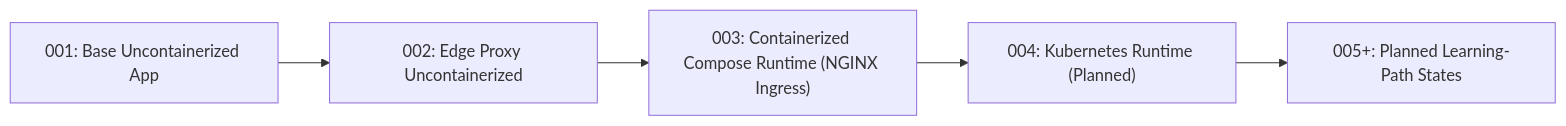
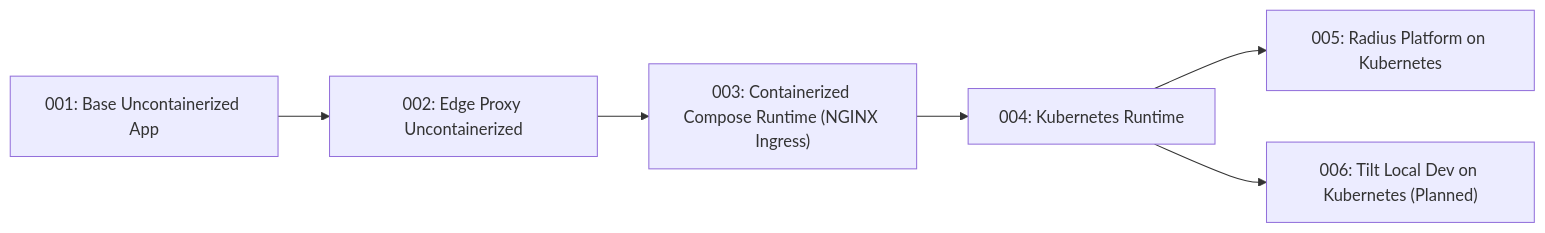
Before and after one commit to finos/traderX: the first of 2 diagrams in docs/spec-kit/visual-learning-graphs.md, drawn with Mermaid. The commit also changed other lines of this file and 25 other files, not shown here.

Commit message:
Implement state 005 radius runtime and docs/nav improvements

````diff
--- a/docs/spec-kit/visual-learning-graphs.md
+++ b/docs/spec-kit/visual-learning-graphs.md
@@ -11,7 +11,15 @@
 ```mermaid
 flowchart LR
   S001["001: Base Uncontainerized App"] --> S002["002: Edge Proxy Uncontainerized"]
   S002 --> S003["003: Containerized Compose Runtime (NGINX Ingress)"]
-  S003 --> S004["004: Kubernetes Runtime (Planned)"]
-  S004 --> P005["005+: Planned Learning-Path States"]
+  S003 --> S004["004: Kubernetes Runtime"]
+  S004 --> S005["005: Radius Platform on Kubernetes"]
+  S004 --> S006["006: Tilt Local Dev on Kubernetes (Planned)"]
+
+  click S001 href "/specs/baseline-uncontainerized-parity" "Open State 001 Spec Pack"
+  click S002 href "/specs/edge-proxy-uncontainerized" "Open State 002 Spec Pack"
+  click S003 href "/specs/containerized-compose-runtime" "Open State 003 Spec Pack"
+  click S004 href "/specs/kubernetes-runtime" "Open State 004 Spec Pack"
+  click S005 href "/specs/radius-kubernetes-platform" "Open State 005 Spec Pack"
+  click S006 href "/specs/tilt-kubernetes-dev-loop" "Open State 006 Spec Pack"
 ```
````
